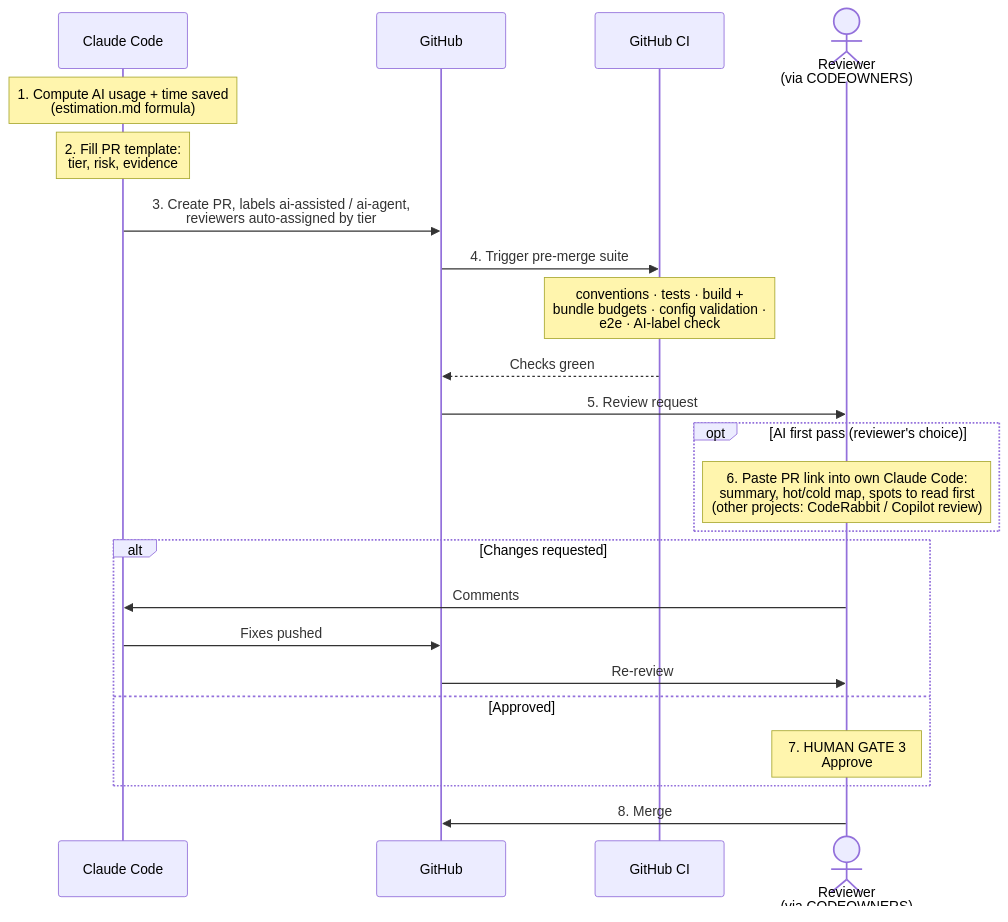
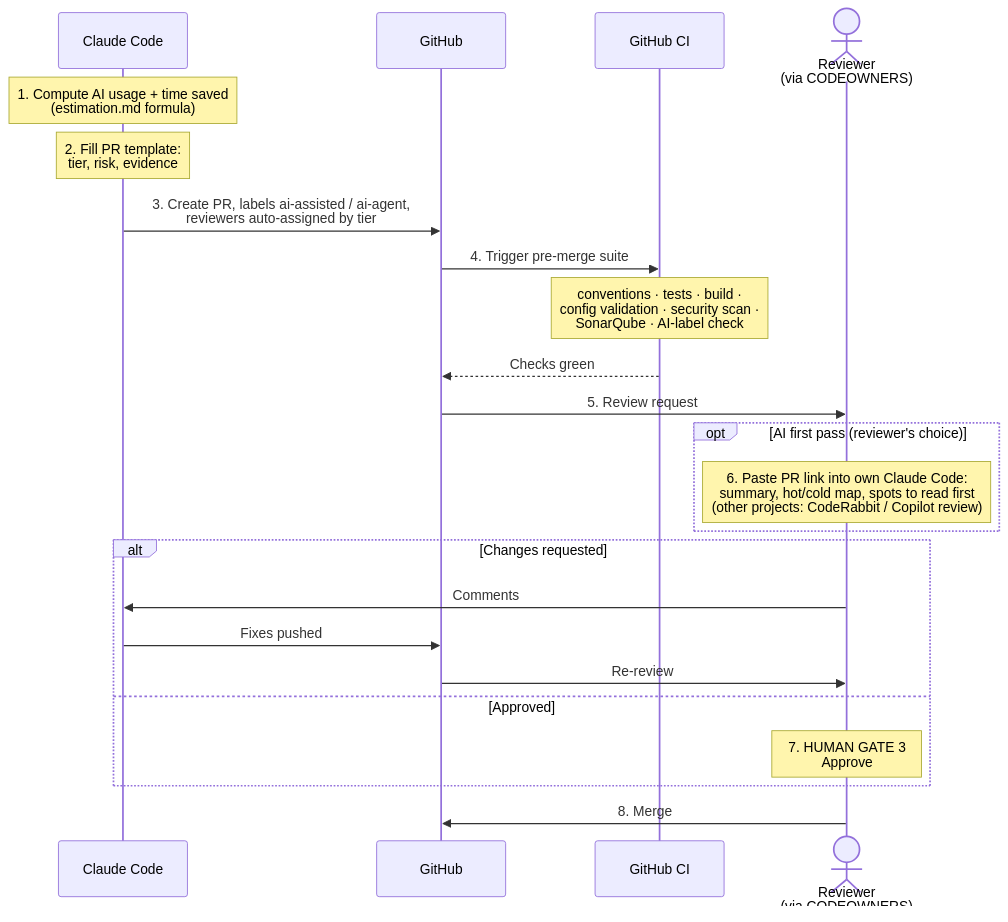
Before and after one commit to Seta-International/ai-sdlc-metrics: the fifth of 6 diagrams in docs/aidc-workflow-future.md, drawn with Mermaid. The commit also changed other lines of this file, not shown here.

Commit message:
docs: fix gate/e2e/scan facts per review, bullet the enumeration cells

````diff
--- a/docs/aidc-workflow-future.md
+++ b/docs/aidc-workflow-future.md
@@ -193,26 +193,26 @@
 ```mermaid
 sequenceDiagram
     participant CC as Claude Code
     participant GH as GitHub
     participant CI as GitHub CI
     actor Rev as Reviewer<br/>(via CODEOWNERS)
 
     Note over CC: 1. Compute AI usage + time saved<br/>(estimation.md formula)
     Note over CC: 2. Fill PR template:<br/>tier, risk, evidence
     CC->>GH: 3. Create PR, labels ai-assisted / ai-agent,<br/>reviewers auto-assigned by tier
     GH->>CI: 4. Trigger pre-merge suite
-    Note over CI: conventions · tests · build +<br/>bundle budgets · config validation ·<br/>e2e · AI-label check
+    Note over CI: conventions · tests · build ·<br/>config validation · security scan ·<br/>SonarQube · AI-label check
     CI-->>GH: Checks green
     GH->>Rev: 5. Review request
     opt AI first pass (reviewer's choice)
         Note over Rev: 6. Paste PR link into own Claude Code:<br/>summary, hot/cold map, spots to read first<br/>(other projects: CodeRabbit / Copilot review)
     end
     alt Changes requested
         Rev->>CC: Comments
         CC->>GH: Fixes pushed
         GH->>Rev: Re-review
     else Approved
         Note over Rev: 7. HUMAN GATE 3<br/>Approve
     end
     Rev->>GH: 8. Merge
 ```
````
